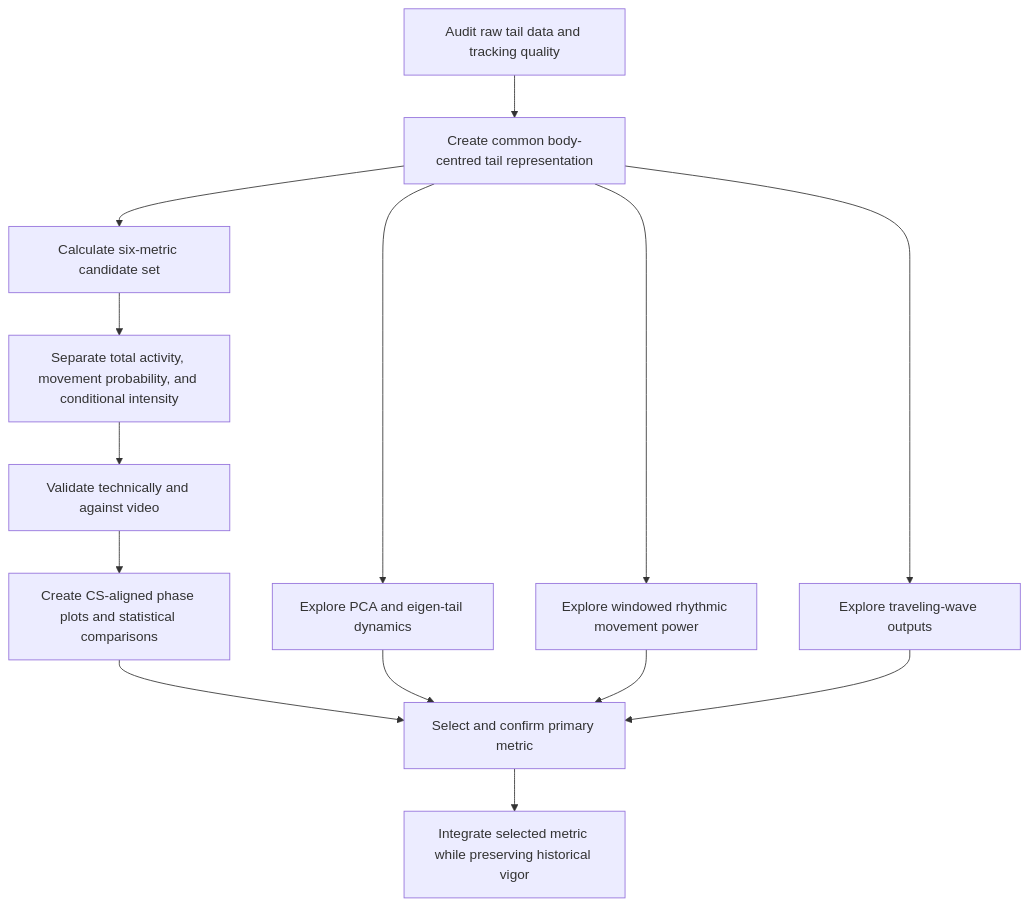
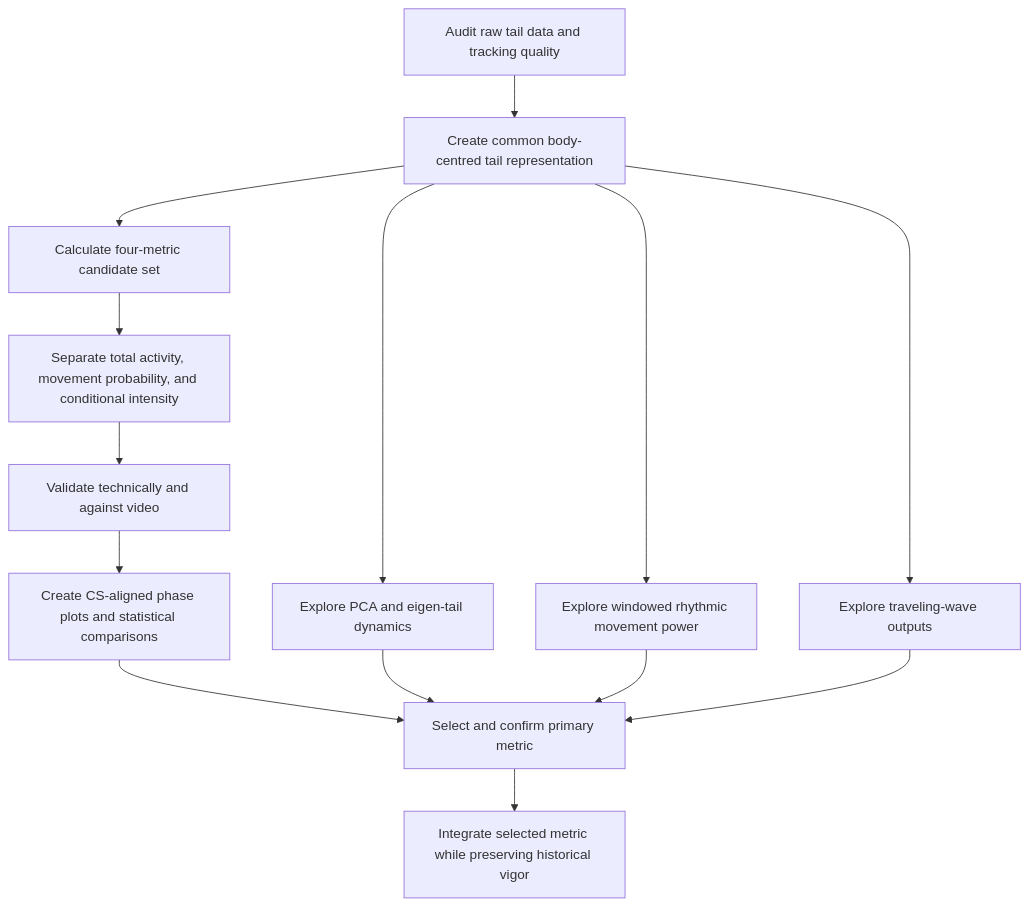
Before and after one commit to jasmc/ClassicalConditioning: the diagram in Plans/TAIL_DYNAMICS_VIGOR_ANALYSIS_PLAN.md, drawn with Mermaid. The commit also changed other lines of this file and 29 other files, not shown here.

````diff
--- a/Plans/TAIL_DYNAMICS_VIGOR_ANALYSIS_PLAN.md
+++ b/Plans/TAIL_DYNAMICS_VIGOR_ANALYSIS_PLAN.md
@@ -75,16 +75,16 @@
 ```mermaid
 graph TD
     A[Audit raw tail data and tracking quality] --> B[Create common body-centred tail representation]
-    B --> C[Calculate six-metric candidate set]
+    B --> C[Calculate four-metric candidate set]
     C --> D[Separate total activity, movement probability, and conditional intensity]
     D --> E[Validate technically and against video]
     E --> F[Create CS-aligned phase plots and statistical comparisons]
     B --> G[Explore PCA and eigen-tail dynamics]
     B --> H[Explore windowed rhythmic movement power]
     B --> I[Explore traveling-wave outputs]
     F --> J[Select and confirm primary metric]
     G --> J
     H --> J
     I --> J
     J --> K[Integrate selected metric while preserving historical vigor]
 ```
````
